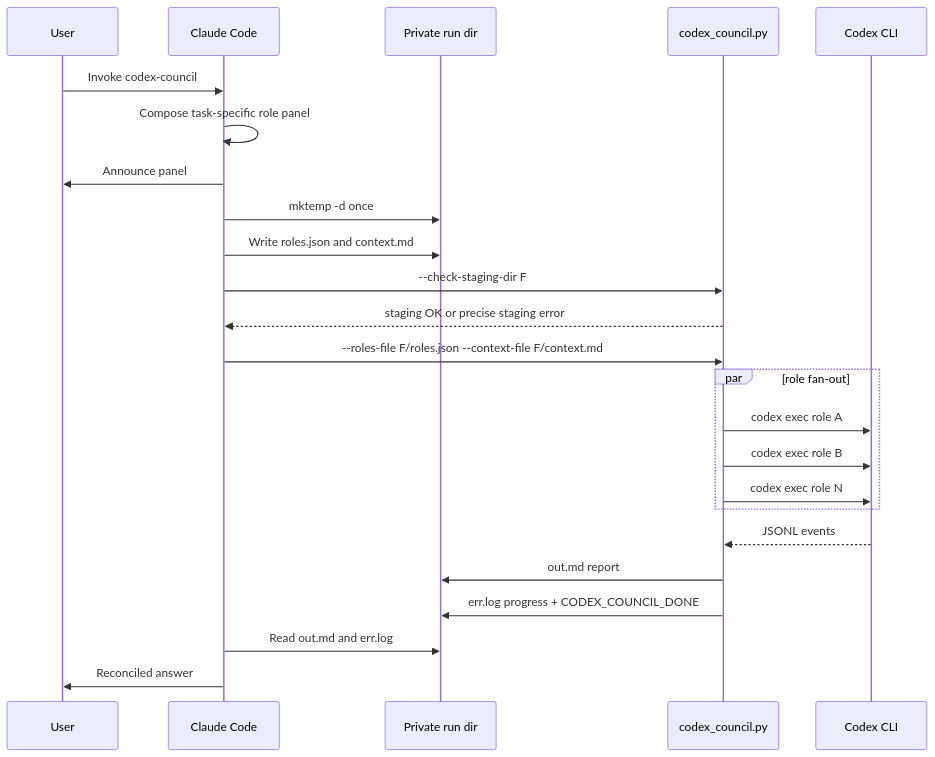
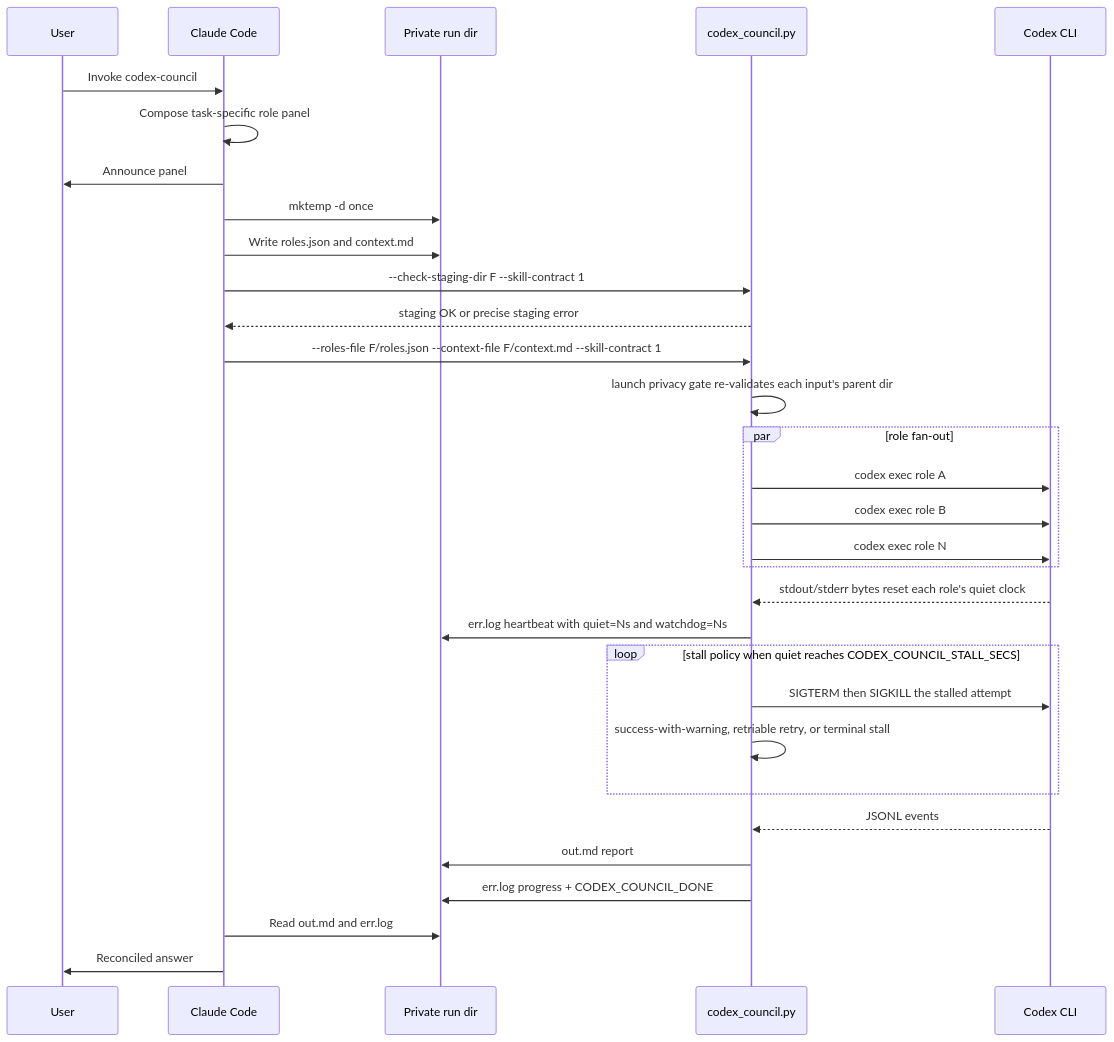
One commit to ehzawad/codex-council changed the second of 3 diagrams in README.md. Above: the diagram before and after it, drawn with Mermaid. The commit also changed other lines of this file and 8 other files, not shown here.

````diff
--- a/README.md
+++ b/README.md
@@ -150,27 +154,34 @@
 ```mermaid
 sequenceDiagram
     participant U as User
     participant C as Claude Code
     participant F as Private run dir
     participant S as codex_council.py
     participant X as Codex CLI
 
     U->>C: Invoke codex-council
     C->>C: Compose task-specific role panel
     C->>U: Announce panel
     C->>F: mktemp -d once
     C->>F: Write roles.json and context.md
-    C->>S: --check-staging-dir F
+    C->>S: --check-staging-dir F --skill-contract 1
     S-->>C: staging OK or precise staging error
-    C->>S: --roles-file F/roles.json --context-file F/context.md
+    C->>S: --roles-file F/roles.json --context-file F/context.md --skill-contract 1
+    S->>S: launch privacy gate re-validates each input's parent dir
     par role fan-out
         S->>X: codex exec role A
         S->>X: codex exec role B
         S->>X: codex exec role N
+    end
+    X-->>S: stdout/stderr bytes reset each role's quiet clock
+    S->>F: err.log heartbeat with quiet=Ns and watchdog=Ns
+    loop stall policy when quiet reaches CODEX_COUNCIL_STALL_SECS
+        S->>X: SIGTERM then SIGKILL the stalled attempt
+        S->>S: success-with-warning, retriable retry, or terminal stall
     end
     X-->>S: JSONL events
     S->>F: out.md report
     S->>F: err.log progress + CODEX_COUNCIL_DONE
     C->>F: Read out.md and err.log
     C->>U: Reconciled answer
 ```
````
